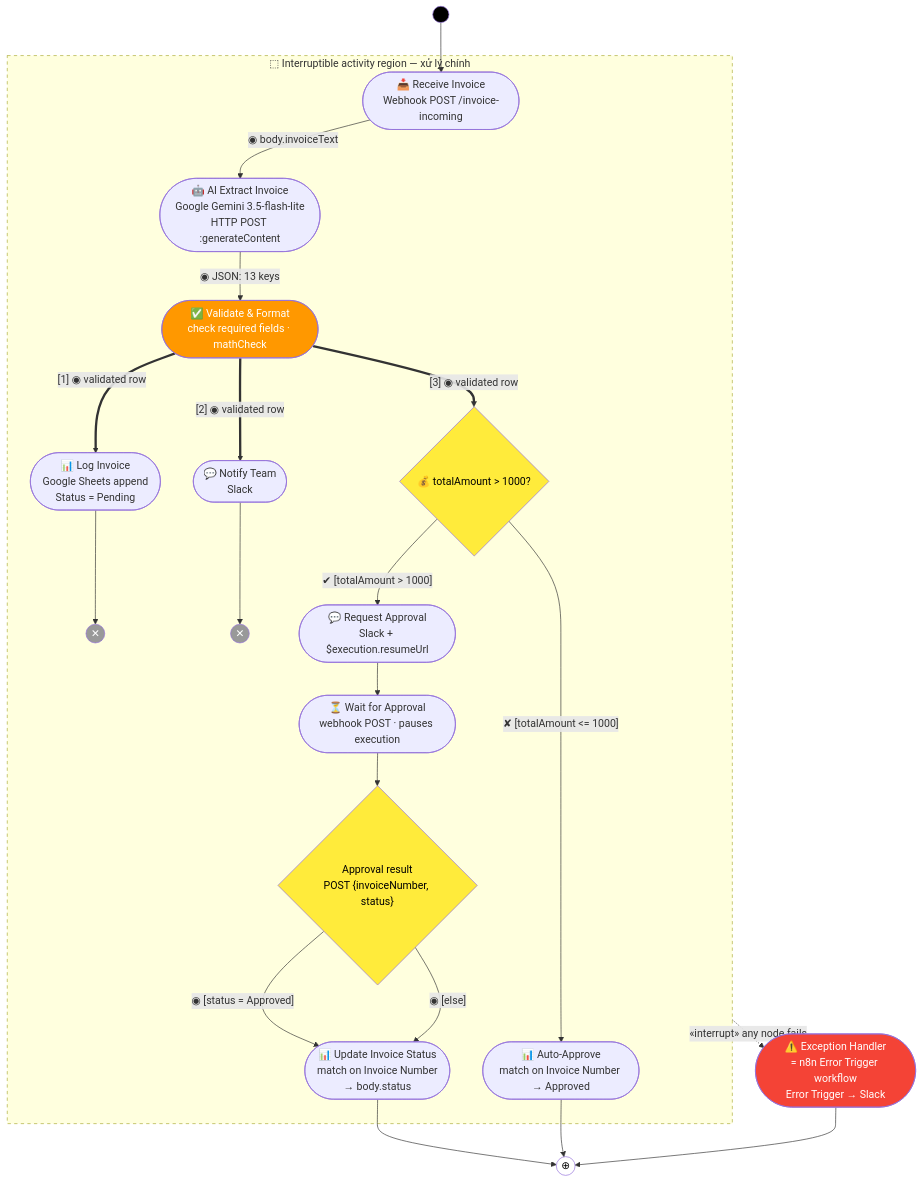
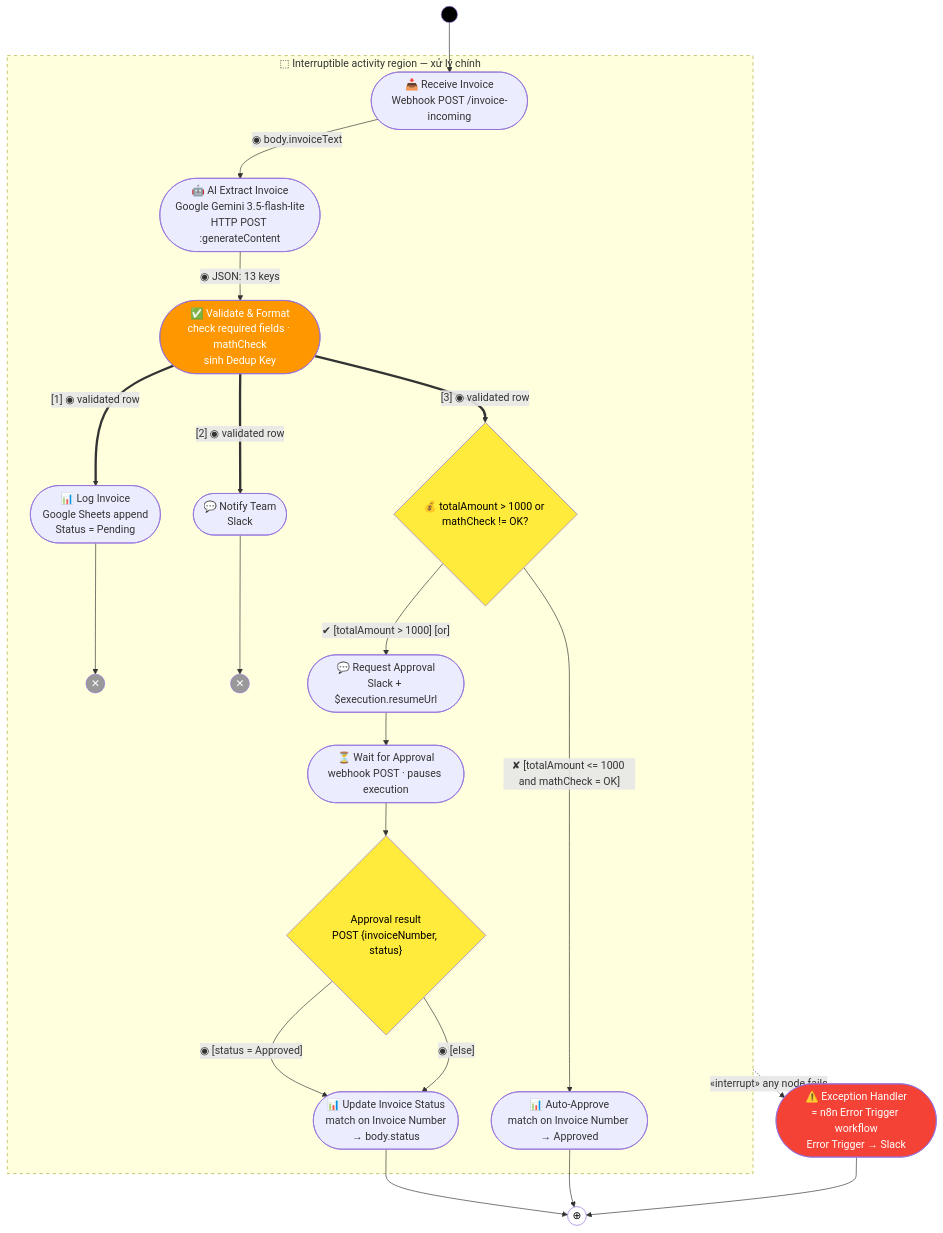
One commit to DoTuanPhong/make_-Invoice-processing-automated-workflow changed the third of 4 diagrams in activity-diagram.md. Above: the diagram before and after it, drawn with Mermaid. The commit also changed other lines of this file and 11 other files, not shown here.

````diff
--- a/activity-diagram.md
+++ b/activity-diagram.md
@@ -79,39 +79,39 @@
 ```mermaid
 flowchart TD
     START((●)) --> A
     subgraph REGION["⬚ Interruptible activity region — xử lý chính"]
         A(["📥 Receive Invoice<br/>Webhook POST /invoice-incoming"])
         A -->|"◉ body.invoiceText"| B(["🤖 AI Extract Invoice<br/>Google Gemini 3.5-flash-lite<br/>HTTP POST :generateContent"])
-        B -->|"◉ JSON: 13 keys"| C(["✅ Validate & Format<br/>check required fields · mathCheck"])
+        B -->|"◉ JSON: 13 keys"| C(["✅ Validate & Format<br/>check required fields · mathCheck<br/>sinh Dedup Key"])
 
         C ==>|"[1] ◉ validated row"| D(["📊 Log Invoice<br/>Google Sheets append<br/>Status = Pending"])
         D --> FFD(("✕"))
         C ==>|"[2] ◉ validated row"| E(["💬 Notify Team<br/>Slack"])
         E --> FFE(("✕"))
-        C ==>|"[3] ◉ validated row"| F{"💰 totalAmount > 1000?"}
+        C ==>|"[3] ◉ validated row"| F{"💰 totalAmount > 1000 or mathCheck != OK?"}
 
-        F -->|"✔ [totalAmount > 1000]"| G(["💬 Request Approval<br/>Slack + $execution.resumeUrl"])
+        F -->|"✔ [totalAmount > 1000] [or]"| G(["💬 Request Approval<br/>Slack + $execution.resumeUrl"])
         G --> H(["⏳ Wait for Approval<br/>webhook POST · pauses execution"])
         H --> M{"Approval result<br/>POST {invoiceNumber, status}"}
         M -->|"◉ [status = Approved]"| I(["📊 Update Invoice Status<br/>match on Invoice Number<br/>→ body.status"])
         M -->|"◉ [else]"| I
 
-        F -->|"✘ [totalAmount <= 1000]"| J(["📊 Auto-Approve<br/>match on Invoice Number → Approved"])
+        F -->|"✘ [totalAmount <= 1000 and mathCheck = OK]"| J(["📊 Auto-Approve<br/>match on Invoice Number → Approved"])
     end
 
     I --> K((⊕))
     J --> K
 
     REGION -.->|"«interrupt» any node fails"| X(["⚠️ Exception Handler<br/>= n8n Error Trigger workflow<br/>Error Trigger → Slack"])
     X --> K
 
     style START fill:#000,color:#000
     style K fill:#fff,color:#000
     style FFD fill:#999,color:#fff
     style FFE fill:#999,color:#fff
     style F fill:#FFEB3B,color:#000
     style M fill:#FFEB3B,color:#000
     style C fill:#FF9800,color:#fff
     style X fill:#F44336,color:#fff
     style REGION stroke-dasharray: 5 5
 ```
````
